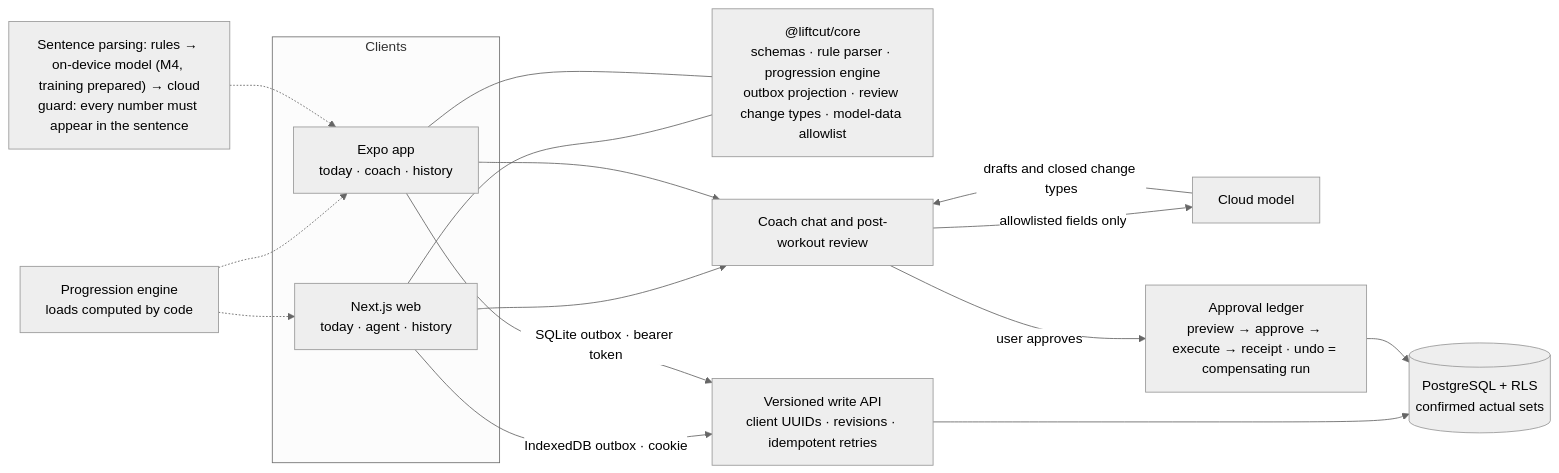
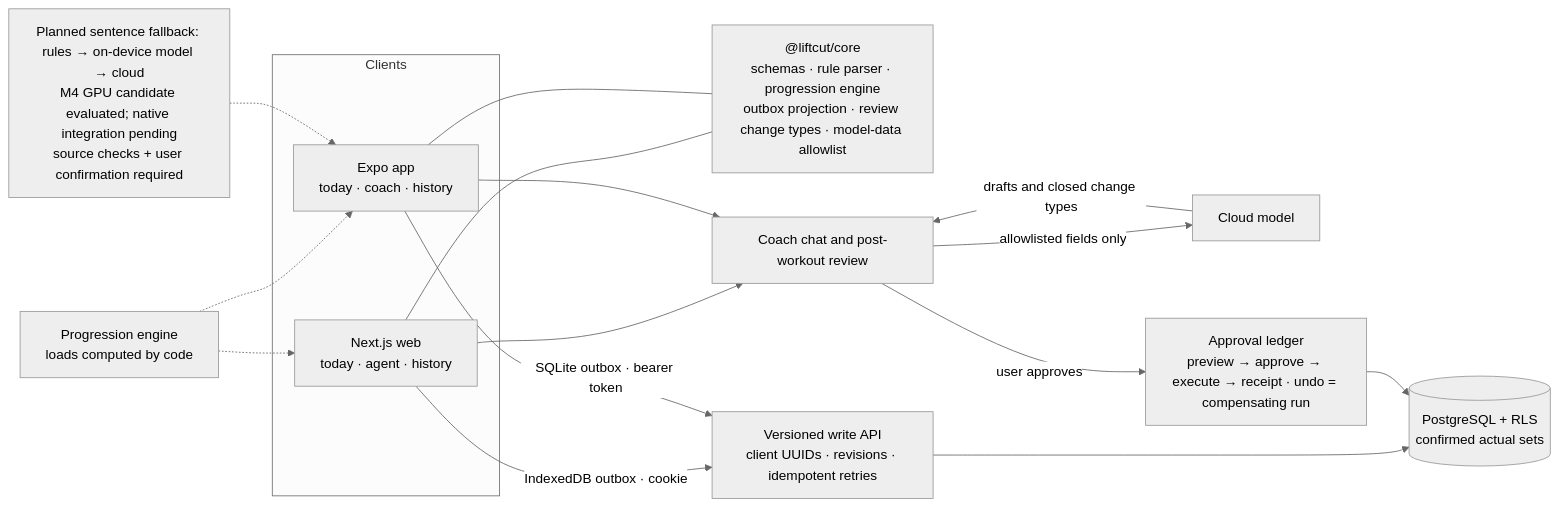
The second of 2 diagrams in README.md (Townzc/liftcut-tracker), drawn with Mermaid (neutral theme) before and after one commit. The commit also changed 30 other files, not shown here.

````diff
--- a/README.md
+++ b/README.md
@@ -119,21 +119,21 @@
 ```mermaid
 flowchart LR
   subgraph Clients
     Web["Next.js web<br/>today · agent · history"]
     Mobile["Expo app<br/>today · coach · history"]
   end
   Core["@liftcut/core<br/>schemas · rule parser · progression engine<br/>outbox projection · review change types · model-data allowlist"]
   Web --- Core
   Mobile --- Core
   Web -->|"IndexedDB outbox · cookie"| API["Versioned write API<br/>client UUIDs · revisions · idempotent retries"]
   Mobile -->|"SQLite outbox · bearer token"| API
   API --> DB[("PostgreSQL + RLS<br/>confirmed actual sets")]
   Web & Mobile --> Coach["Coach chat and post-workout review"]
   Coach -->|"allowlisted fields only"| Model["Cloud model"]
   Model -->|"drafts and closed change types"| Coach
   Coach -->|"user approves"| Ledger["Approval ledger<br/>preview → approve → execute → receipt · undo = compensating run"]
   Ledger --> DB
   Engine["Progression engine<br/>loads computed by code"] -.-> Web
   Engine -.-> Mobile
-  Parser["Sentence parsing: rules → on-device model (M4, training prepared) → cloud<br/>guard: every number must appear in the sentence"] -.-> Mobile
+  Parser["Planned sentence fallback: rules → on-device model → cloud<br/>M4 GPU candidate evaluated; native integration pending<br/>source checks + user confirmation required"] -.-> Mobile
 ```
````
